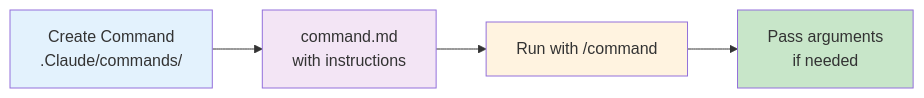
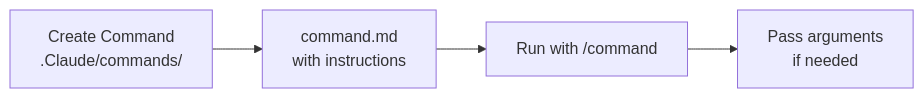
Before and after one commit to CagriCatik/claude-ollama-coder: the eighth of 16 diagrams in docs/01_Claude-Code-in-Action.md, drawn with Mermaid. The commit also changed other lines of this file and 16 other files, not shown here.

````diff
--- a/docs/01_Claude-Code-in-Action.md
+++ b/docs/01_Claude-Code-in-Action.md
@@ -349,11 +329,7 @@
 ```mermaid
 graph LR
     A["Create Command<br/>.Claude/commands/"] --> B["command.md<br/>with instructions"]
     B --> C["Run with /command"]
     C --> D["Pass arguments<br/>if needed"]
     
-    style A fill:#e3f2fd
-    style B fill:#f3e5f5
-    style C fill:#fff3e0
-    style D fill:#c8e6c9
 ```
````
